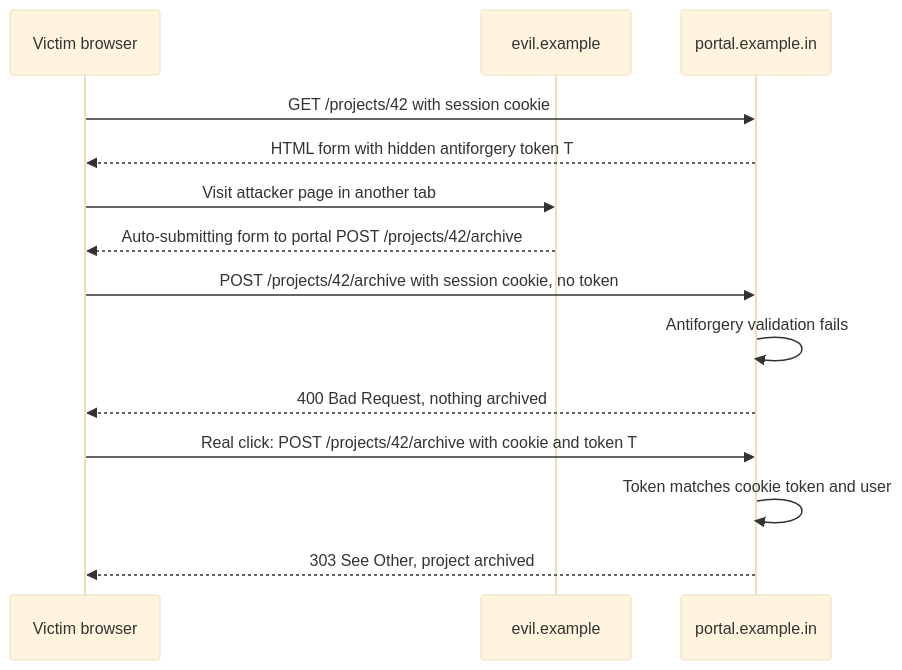
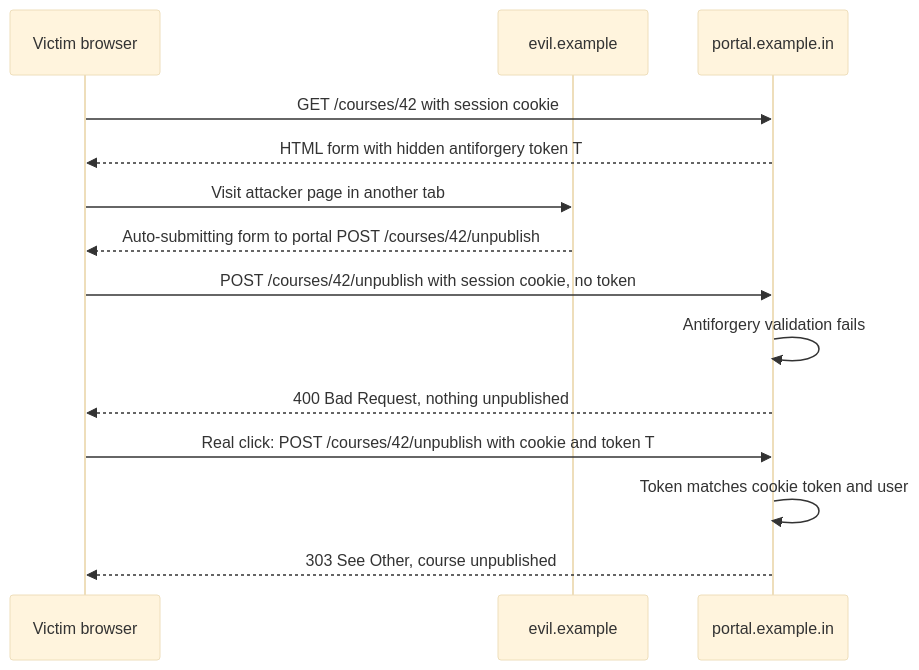
One commit to rizwi0786/system-design-lab changed the second of 3 diagrams in content/lessons/m14/m14-owasp.md. Above: the diagram before and after it, drawn with Mermaid (base theme). The commit also changed other lines of this file and 334 other files, not shown here.

````diff
--- a/content/lessons/m14/m14-owasp.md
+++ b/content/lessons/m14/m14-owasp.md
@@ -226,16 +226,16 @@
 ```mermaid
 sequenceDiagram
     participant V as Victim browser
     participant E as evil.example
     participant P as portal.example.in
-    V->>P: GET /projects/42 with session cookie
+    V->>P: GET /courses/42 with session cookie
     P-->>V: HTML form with hidden antiforgery token T
     V->>E: Visit attacker page in another tab
-    E-->>V: Auto-submitting form to portal POST /projects/42/archive
-    V->>P: POST /projects/42/archive with session cookie, no token
+    E-->>V: Auto-submitting form to portal POST /courses/42/unpublish
+    V->>P: POST /courses/42/unpublish with session cookie, no token
     P->>P: Antiforgery validation fails
-    P-->>V: 400 Bad Request, nothing archived
-    V->>P: Real click: POST /projects/42/archive with cookie and token T
+    P-->>V: 400 Bad Request, nothing unpublished
+    V->>P: Real click: POST /courses/42/unpublish with cookie and token T
     P->>P: Token matches cookie token and user
-    P-->>V: 303 See Other, project archived
+    P-->>V: 303 See Other, course unpublished
 ```
````
